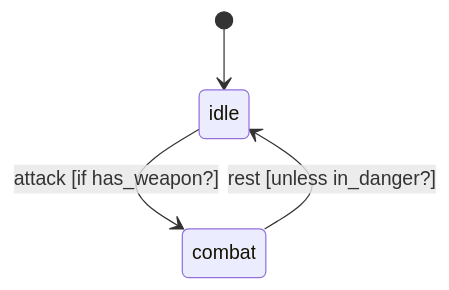
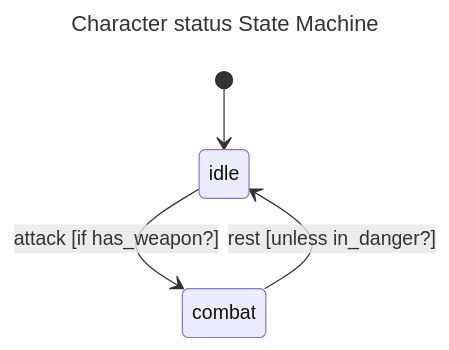
One commit to state-machines/state_machines-mermaid changed the second of 3 diagrams in README.md. Above: the diagram before and after it, drawn with Mermaid. The commit also changed other lines of this file and 4 other files, not shown here.

````diff
--- a/README.md
+++ b/README.md
@@ -96,8 +99,11 @@
 ```mermaid
+---
+title: "Character status State Machine"
+---
 stateDiagram-v2
   idle : idle
   [*] --> idle
   combat : combat
   idle --> combat : attack [if has_weapon?]
   combat --> idle : rest [unless in_danger?]
 ```
````
